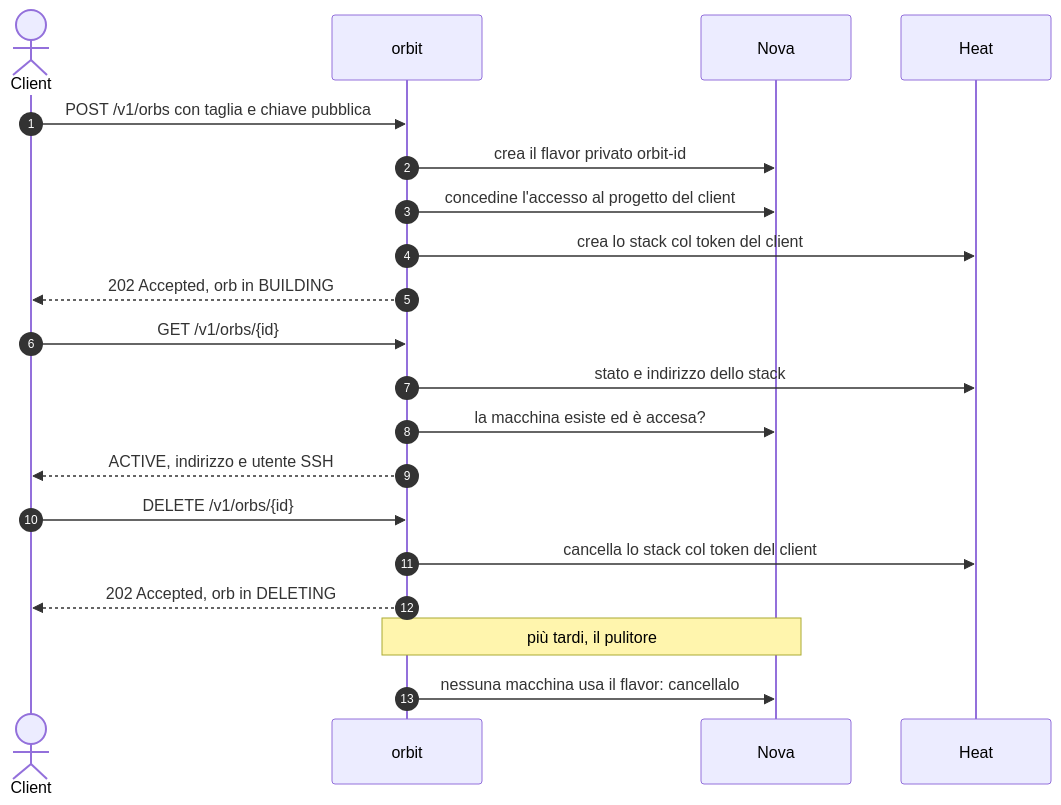
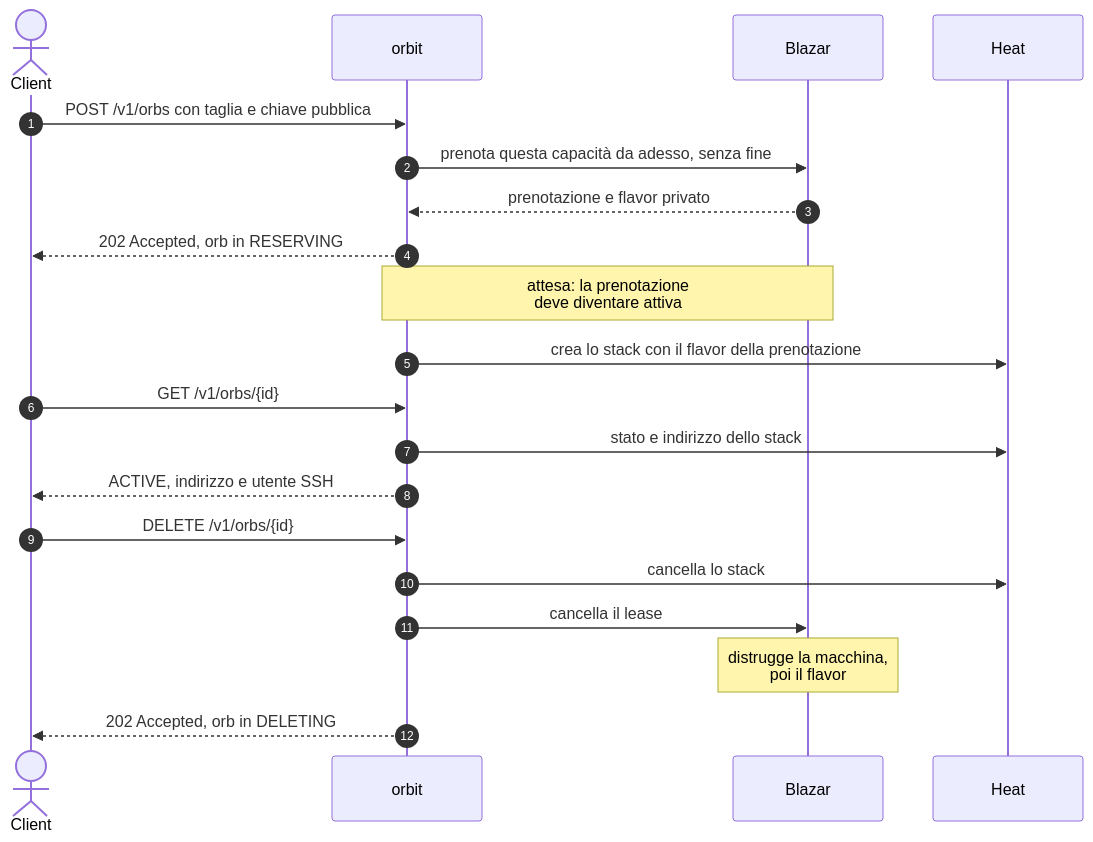
The second of 3 diagrams in README.md (taekwondodev/orbit), drawn with Mermaid before and after one commit. The commit also changed other lines of this file and 11 other files, not shown here.

First line of the commit message:
Riporta Blazar come fonte della taglia, senza scadenza

````diff
--- a/README.md
+++ b/README.md
@@ -80,26 +76,26 @@
 ```mermaid
 sequenceDiagram
     autonumber
     actor C as Client
     participant A as orbit
-    participant N as Nova
+    participant B as Blazar
     participant H as Heat
 
     C->>A: POST /v1/orbs con taglia e chiave pubblica
-    A->>N: crea il flavor privato orbit-id
-    A->>N: concedine l'accesso al progetto del client
-    A->>H: crea lo stack col token del client
-    A-->>C: 202 Accepted, orb in BUILDING
+    A->>B: prenota questa capacità da adesso, senza fine
+    B-->>A: prenotazione e flavor privato
+    A-->>C: 202 Accepted, orb in RESERVING
+
+    Note over A,B: attesa: la prenotazione<br/>deve diventare attiva
+    A->>H: crea lo stack con il flavor della prenotazione
 
     C->>A: GET /v1/orbs/{id}
     A->>H: stato e indirizzo dello stack
-    A->>N: la macchina esiste ed è accesa?
     A-->>C: ACTIVE, indirizzo e utente SSH
 
     C->>A: DELETE /v1/orbs/{id}
-    A->>H: cancella lo stack col token del client
+    A->>H: cancella lo stack
+    A->>B: cancella il lease
+    Note over B: distrugge la macchina,<br/>poi il flavor
     A-->>C: 202 Accepted, orb in DELETING
-
-    Note over A,N: più tardi, il pulitore
-    A->>N: nessuna macchina usa il flavor: cancellalo
 ```
````
